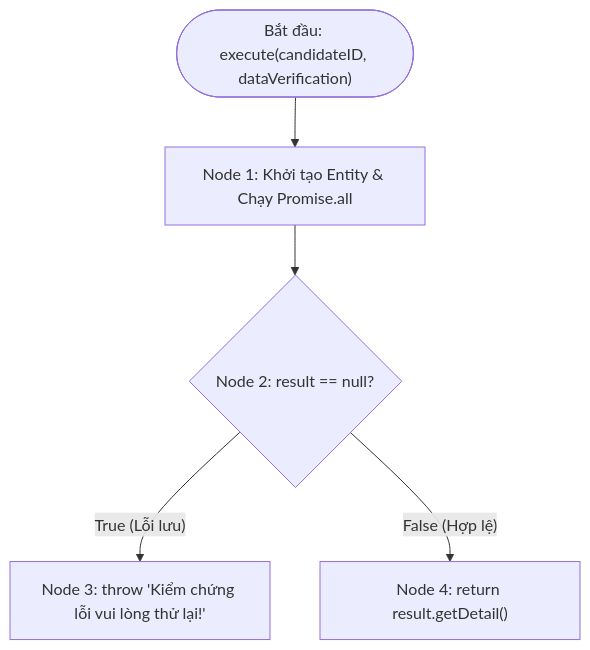
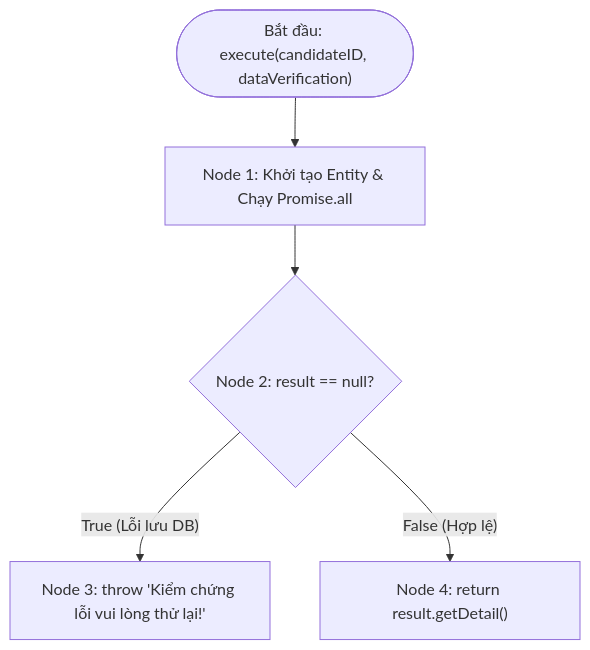
Before and after one commit to pvduy23052005/cse462-testing: the second of 2 diagrams in hop-trang/KiemThuHopTrang_UC08_VerifyCandidate.md, drawn with Mermaid. The commit also changed other lines of this file and 6 other files, not shown here.

````diff
--- a/hop-trang/KiemThuHopTrang_UC08_VerifyCandidate.md
+++ b/hop-trang/KiemThuHopTrang_UC08_VerifyCandidate.md
@@ -81,9 +78,9 @@
 ```mermaid
 flowchart TD
     Start(["Bắt đầu: execute(candidateID, dataVerification)"]) --> N1["Node 1: Khởi tạo Entity & Chạy Promise.all"]
 
     N1 --> N2{"Node 2: result == null?"}
 
-    N2 -- "True (Lỗi lưu)" --> N3["Node 3: throw 'Kiểm chứng lỗi vui lòng thử lại!'"]
+    N2 -- "True (Lỗi lưu DB)" --> N3["Node 3: throw 'Kiểm chứng lỗi vui lòng thử lại!'"]
     N2 -- "False (Hợp lệ)" --> N4["Node 4: return result.getDetail()"]
 ```
````
